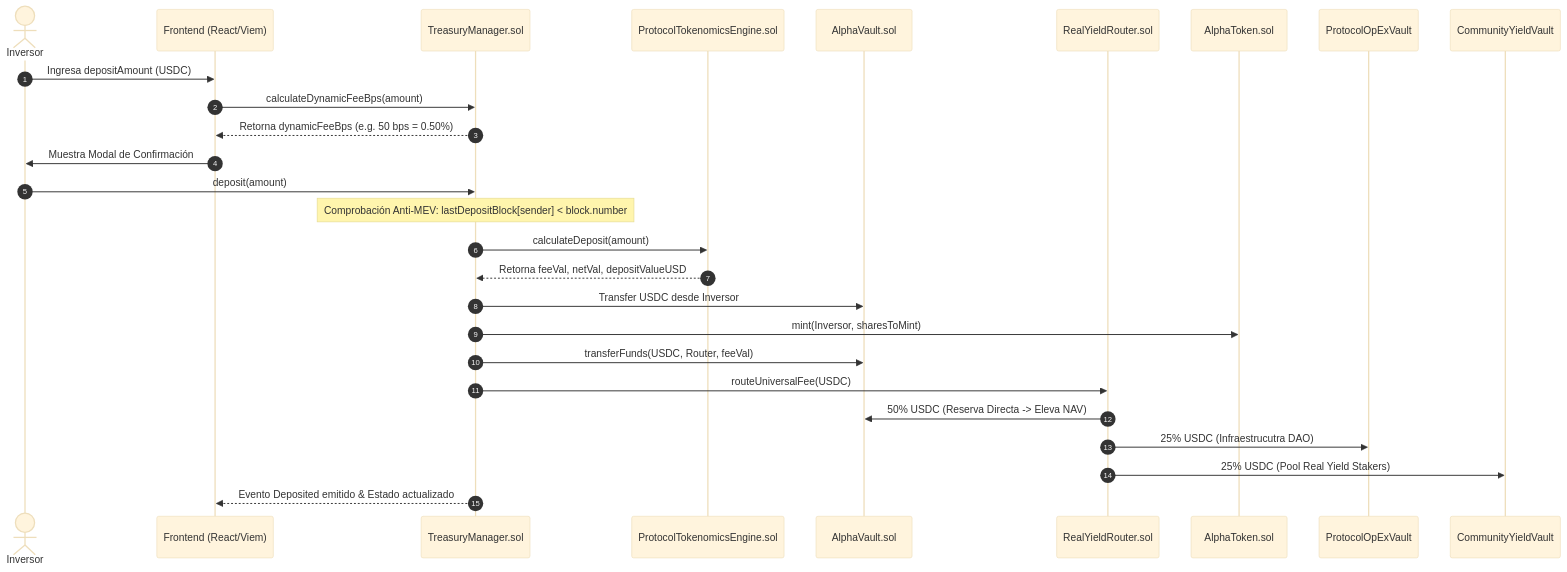
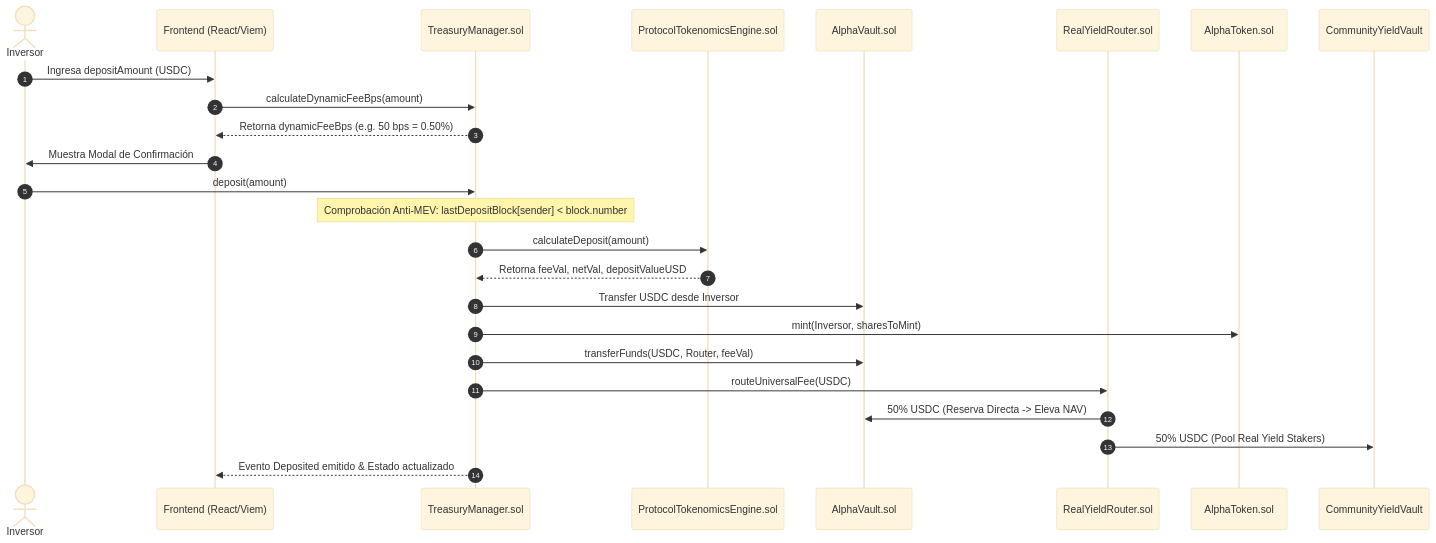
The second of 3 diagrams in docs/FULL_ARCHITECTURE_SPECIFICATION.md (JaviMartin92/token), drawn with Mermaid (base theme) before and after one commit. The commit also changed other lines of this file and 239 other files, not shown here.

````diff
--- a/docs/FULL_ARCHITECTURE_SPECIFICATION.md
+++ b/docs/FULL_ARCHITECTURE_SPECIFICATION.md
@@ -119,28 +124,27 @@
 ```mermaid
 sequenceDiagram
     autonumber
     actor Investor as Inversor
     participant App as Frontend (React/Viem)
     participant Treasury as TreasuryManager.sol
     participant Engine as ProtocolTokenomicsEngine.sol
     participant Vault as AlphaVault.sol
     participant Router as RealYieldRouter.sol
     participant Token as AlphaToken.sol
 
     Investor->>App: Ingresa depositAmount (USDC)
     App->>Treasury: calculateDynamicFeeBps(amount)
     Treasury-->>App: Retorna dynamicFeeBps (e.g. 50 bps = 0.50%)
     App->>Investor: Muestra Modal de Confirmación
     Investor->>Treasury: deposit(amount)
     Note over Treasury: Comprobación Anti-MEV: lastDepositBlock[sender] < block.number
     Treasury->>Engine: calculateDeposit(amount)
     Engine-->>Treasury: Retorna feeVal, netVal, depositValueUSD
     Treasury->>Vault: Transfer USDC desde Inversor
     Treasury->>Token: mint(Inversor, sharesToMint)
     Treasury->>Vault: transferFunds(USDC, Router, feeVal)
     Treasury->>Router: routeUniversalFee(USDC)
     Router->>Vault: 50% USDC (Reserva Directa -> Eleva NAV)
-    Router->>ProtocolOpExVault: 25% USDC (Infraestrucutra DAO)
-    Router->>CommunityYieldVault: 25% USDC (Pool Real Yield Stakers)
+    Router->>CommunityYieldVault: 50% USDC (Pool Real Yield Stakers)
     Treasury-->>App: Evento Deposited emitido & Estado actualizado
 ```
````
